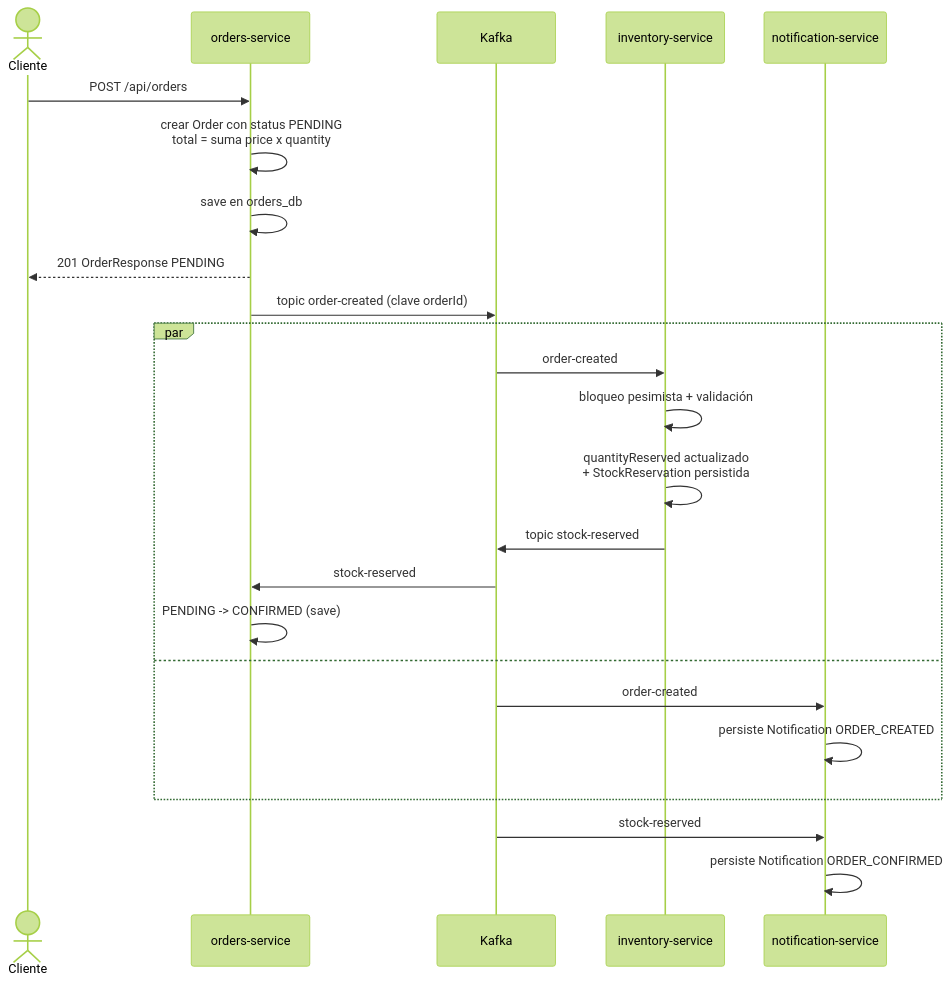
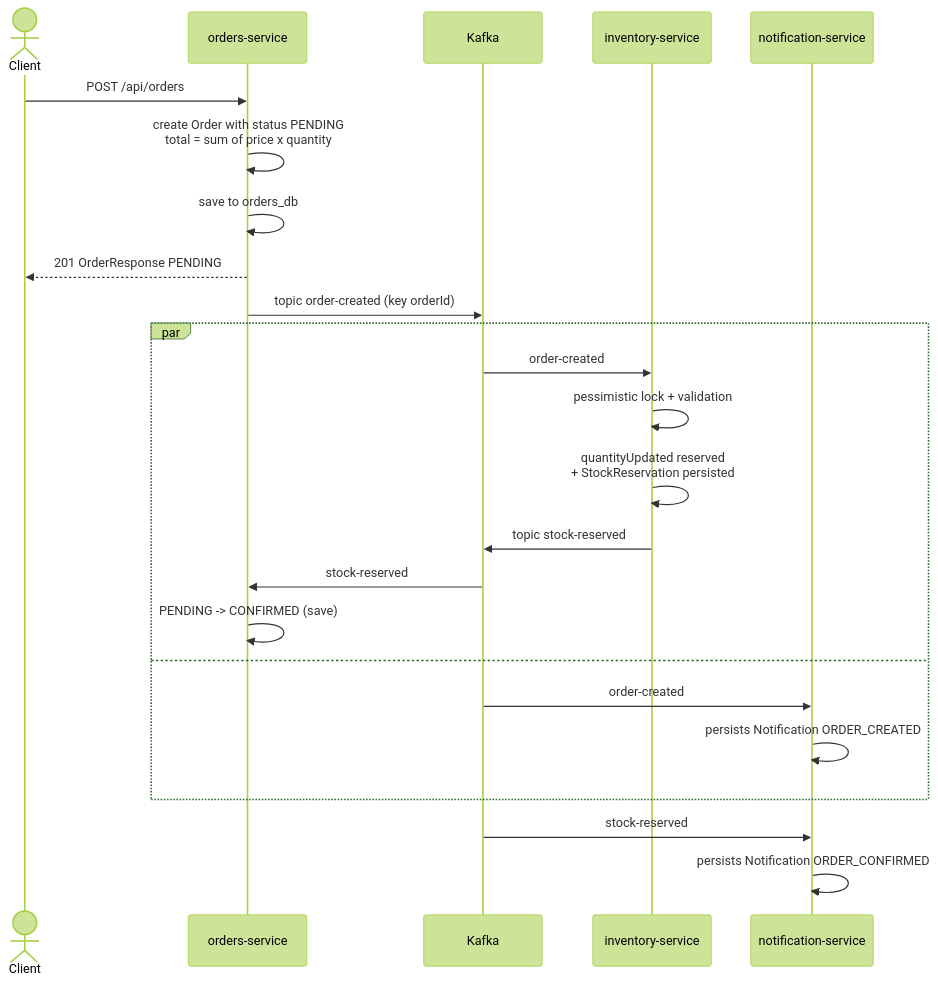
One commit to carlosgarcia-tech/order-flow changed diagram 19 of 31 in README.md. Above: the diagram before and after it, drawn with Mermaid (forest theme). The commit also changed other lines of this file, not shown here.

````diff
--- a/README.md
+++ b/README.md
@@ -868,27 +868,27 @@
 ```mermaid
 sequenceDiagram
-    actor C as Cliente
+    actor C as Client
     participant OS as orders-service
     participant K as Kafka
     participant IS as inventory-service
     participant NS as notification-service
 
     C->>OS: POST /api/orders
-    OS->>OS: crear Order con status PENDING<br/>total = suma price x quantity
-    OS->>OS: save en orders_db
+    OS->>OS: create Order with status PENDING<br/>total = sum of price x quantity
+    OS->>OS: save to orders_db
     OS-->>C: 201 OrderResponse PENDING
-    OS->>K: topic order-created (clave orderId)
+    OS->>K: topic order-created (key orderId)
     par
         K->>IS: order-created
-        IS->>IS: bloqueo pesimista + validación
-        IS->>IS: quantityReserved actualizado<br/>+ StockReservation persistida
+        IS->>IS: pessimistic lock + validation
+        IS->>IS: quantityUpdated reserved<br/>+ StockReservation persisted
         IS->>K: topic stock-reserved
         K->>OS: stock-reserved
         OS->>OS: PENDING -> CONFIRMED (save)
     and
         K->>NS: order-created
-        NS->>NS: persiste Notification ORDER_CREATED
+        NS->>NS: persists Notification ORDER_CREATED
     end
     K->>NS: stock-reserved
-    NS->>NS: persiste Notification ORDER_CONFIRMED
+    NS->>NS: persists Notification ORDER_CONFIRMED
 ```
````
